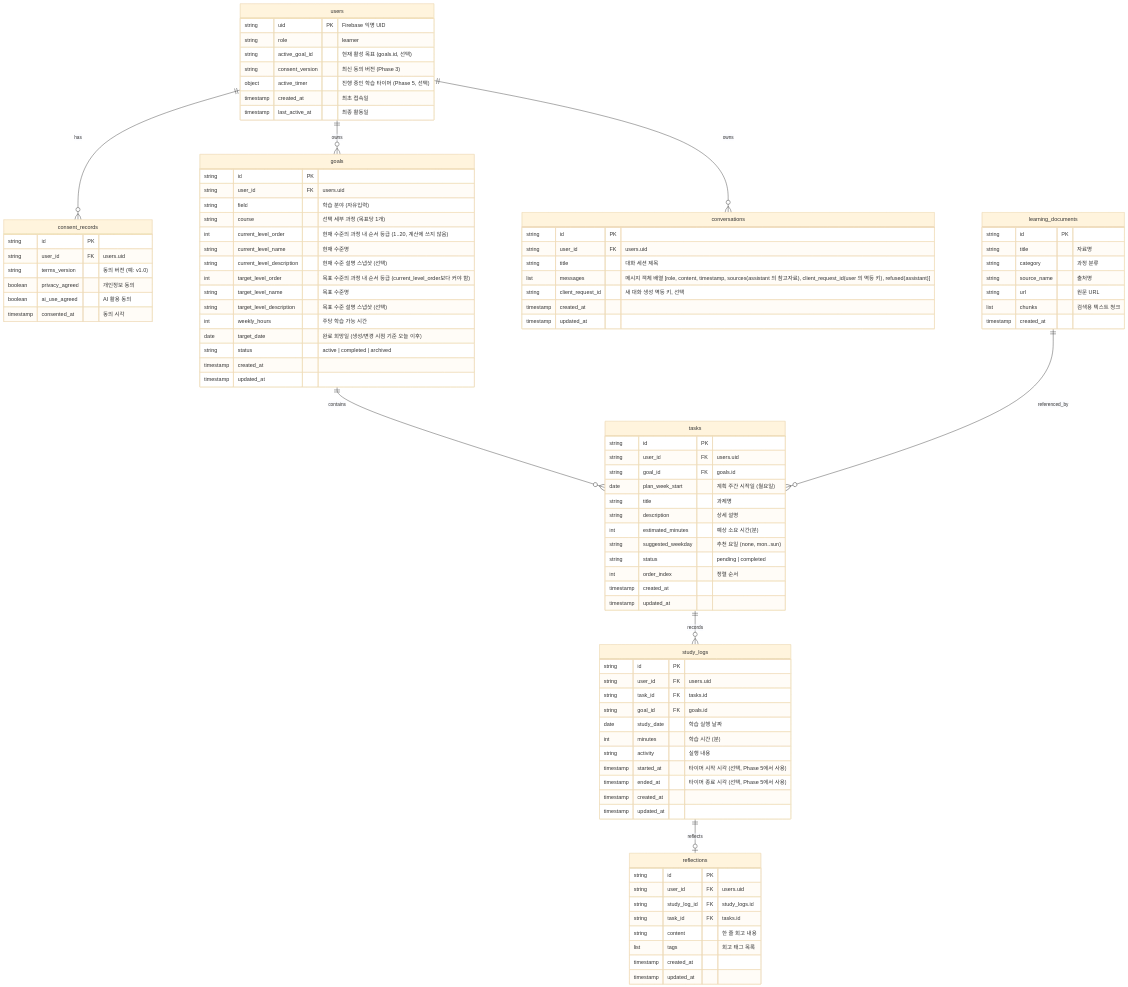
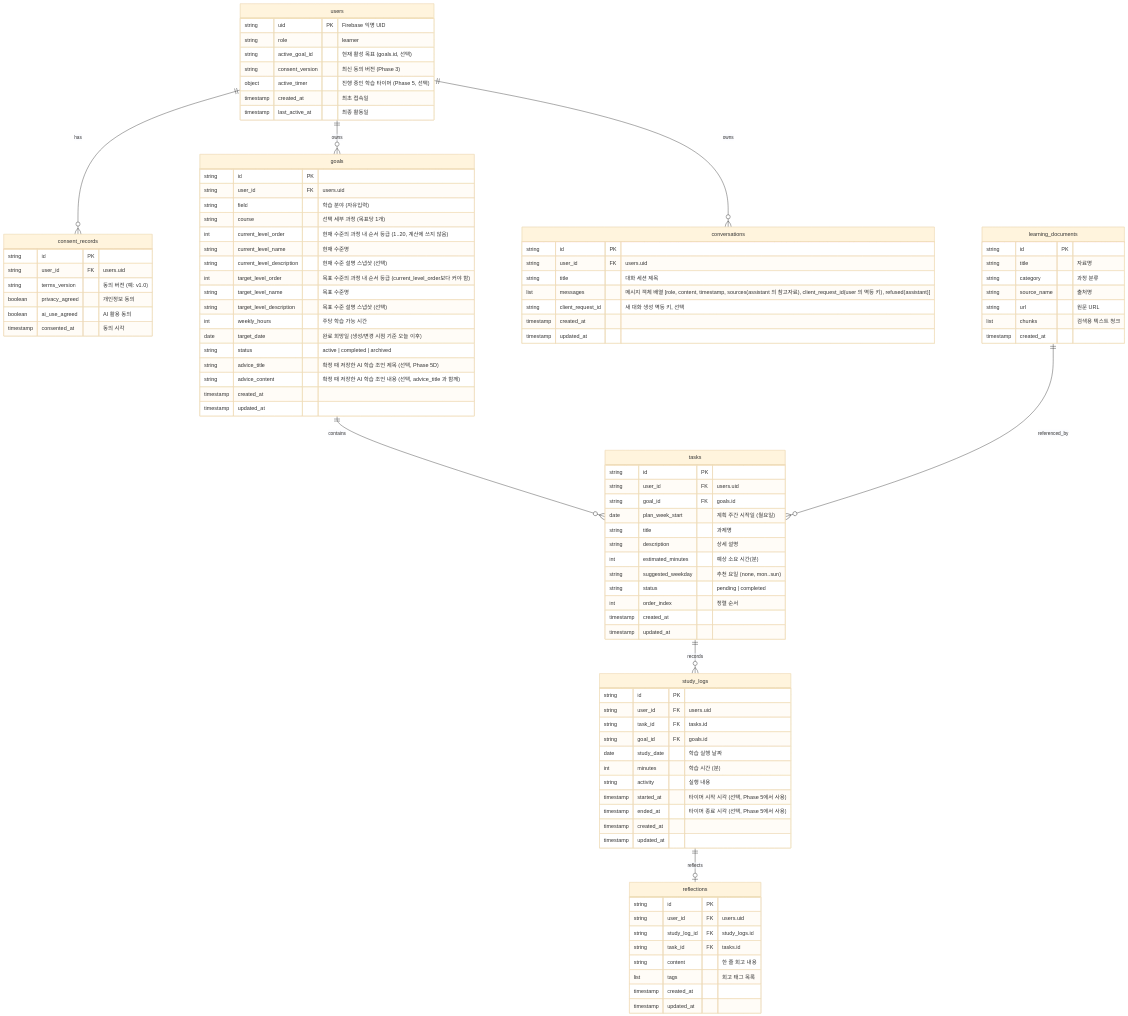
One commit to yong05610/ai-n-fprj changed the diagram in docs/phase1_design.md. Above: the diagram before and after it, drawn with Mermaid (base theme). The commit also changed other lines of this file and 16 other files, not shown here.

Commit message:
feat(plan): Phase 5D weekly plan screen (weekday edit with last-value-wins saving, saved AI advice, linked references)

```diff
--- a/docs/phase1_design.md
+++ b/docs/phase1_design.md
@@ -115,6 +115,8 @@
         int weekly_hours "주당 학습 가능 시간"
         date target_date "완료 희망일 (생성/변경 시점 기준 오늘 이후)"
         string status "active | completed | archived"
+        string advice_title "확정 때 저장한 AI 학습 조언 제목 (선택, Phase 5D)"
+        string advice_content "확정 때 저장한 AI 학습 조언 내용 (선택, advice_title 과 함께)"
         timestamp created_at
         timestamp updated_at
     }
```
